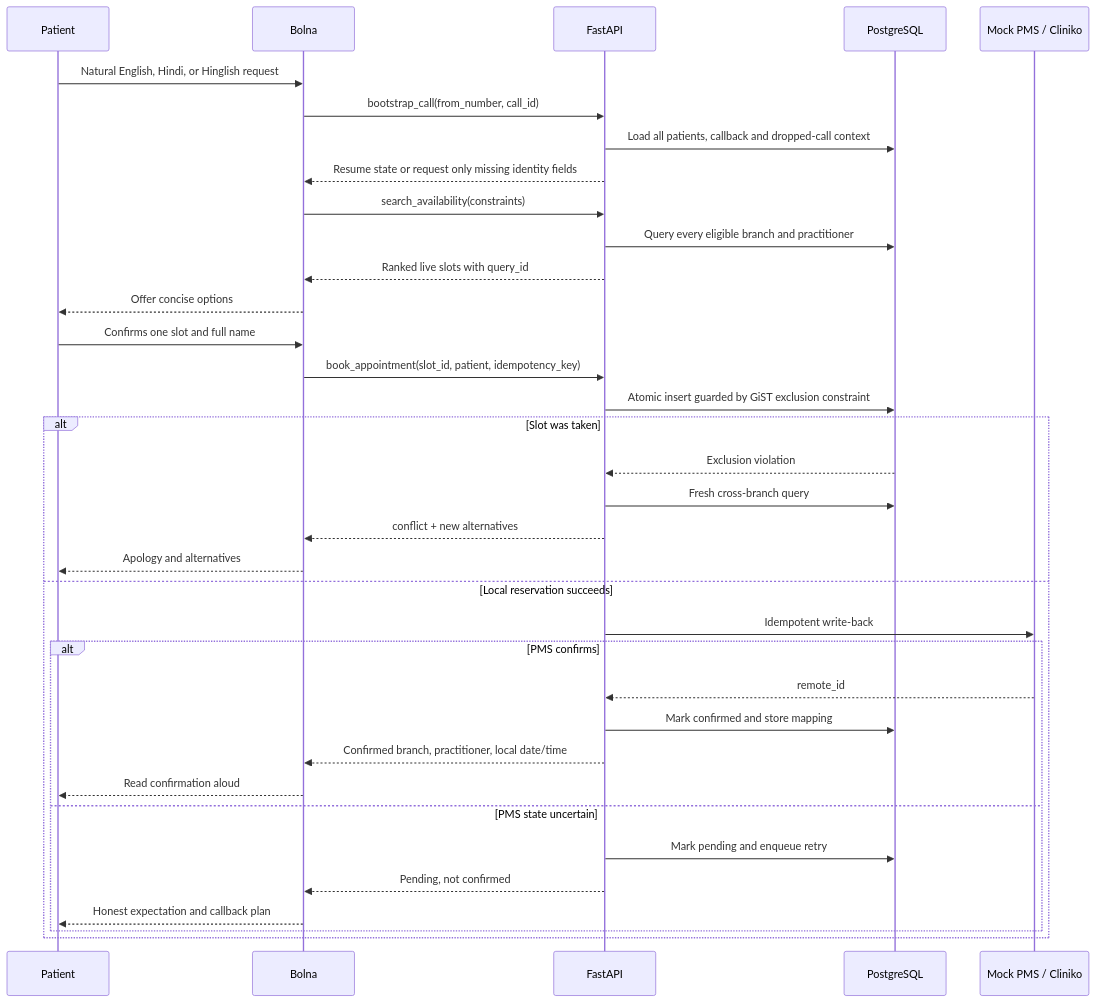
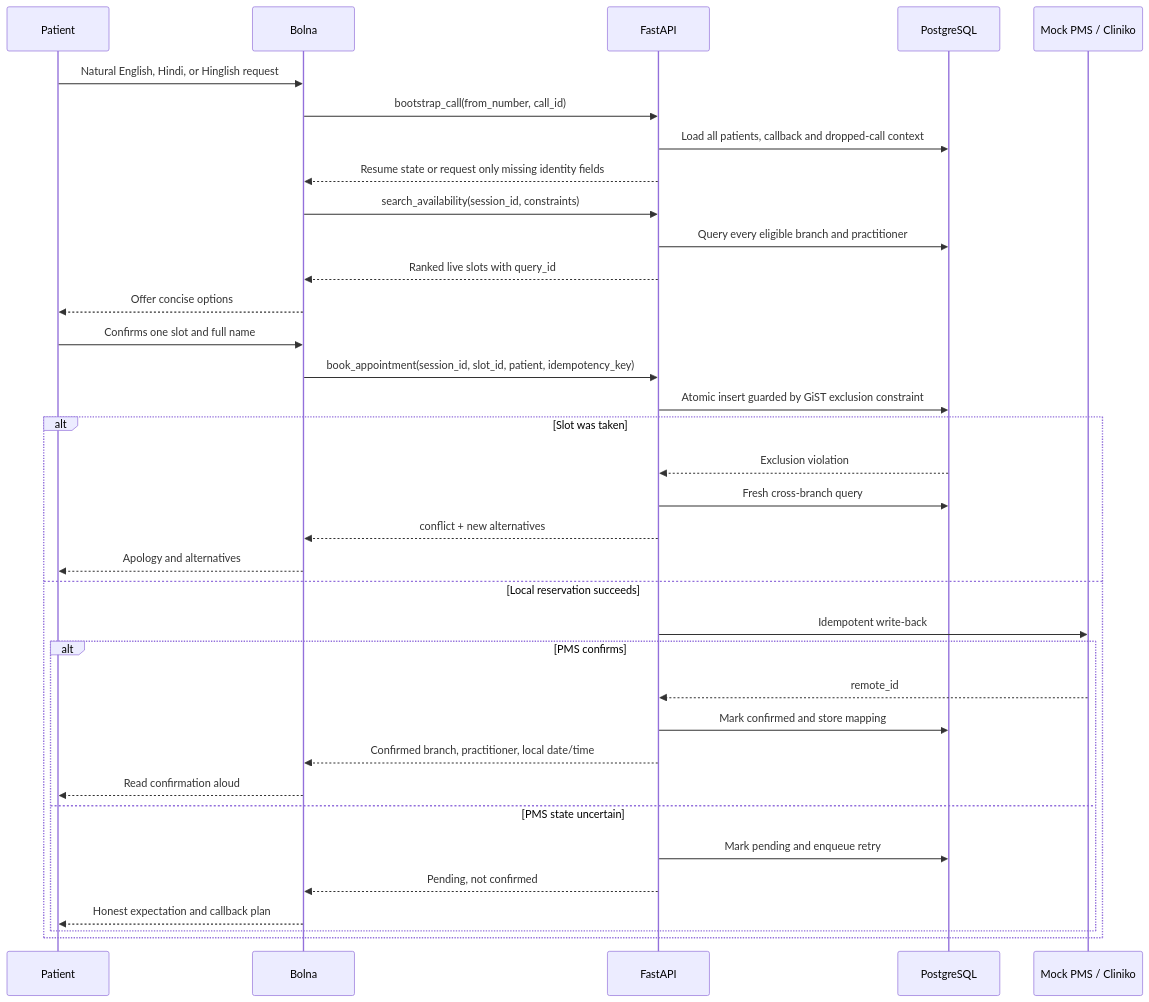
The second of 2 diagrams in docs/research-and-decision-register.md (khushalkumar/2care-clinic-voice-agent), drawn with Mermaid before and after one commit. The commit also changed 11 other files, not shown here.

````diff
--- a/docs/research-and-decision-register.md
+++ b/docs/research-and-decision-register.md
@@ -452,38 +452,38 @@
 ```mermaid
 sequenceDiagram
     participant P as Patient
     participant B as Bolna
     participant A as FastAPI
     participant D as PostgreSQL
     participant M as Mock PMS / Cliniko
 
     P->>B: Natural English, Hindi, or Hinglish request
     B->>A: bootstrap_call(from_number, call_id)
     A->>D: Load all patients, callback and dropped-call context
     A-->>B: Resume state or request only missing identity fields
-    B->>A: search_availability(constraints)
+    B->>A: search_availability(session_id, constraints)
     A->>D: Query every eligible branch and practitioner
     A-->>B: Ranked live slots with query_id
     B-->>P: Offer concise options
     P->>B: Confirms one slot and full name
-    B->>A: book_appointment(slot_id, patient, idempotency_key)
+    B->>A: book_appointment(session_id, slot_id, patient, idempotency_key)
     A->>D: Atomic insert guarded by GiST exclusion constraint
     alt Slot was taken
         D-->>A: Exclusion violation
         A->>D: Fresh cross-branch query
         A-->>B: conflict + new alternatives
         B-->>P: Apology and alternatives
     else Local reservation succeeds
         A->>M: Idempotent write-back
         alt PMS confirms
             M-->>A: remote_id
             A->>D: Mark confirmed and store mapping
             A-->>B: Confirmed branch, practitioner, local date/time
             B-->>P: Read confirmation aloud
         else PMS state uncertain
             A->>D: Mark pending and enqueue retry
             A-->>B: Pending, not confirmed
             B-->>P: Honest expectation and callback plan
         end
     end
 ```
````
